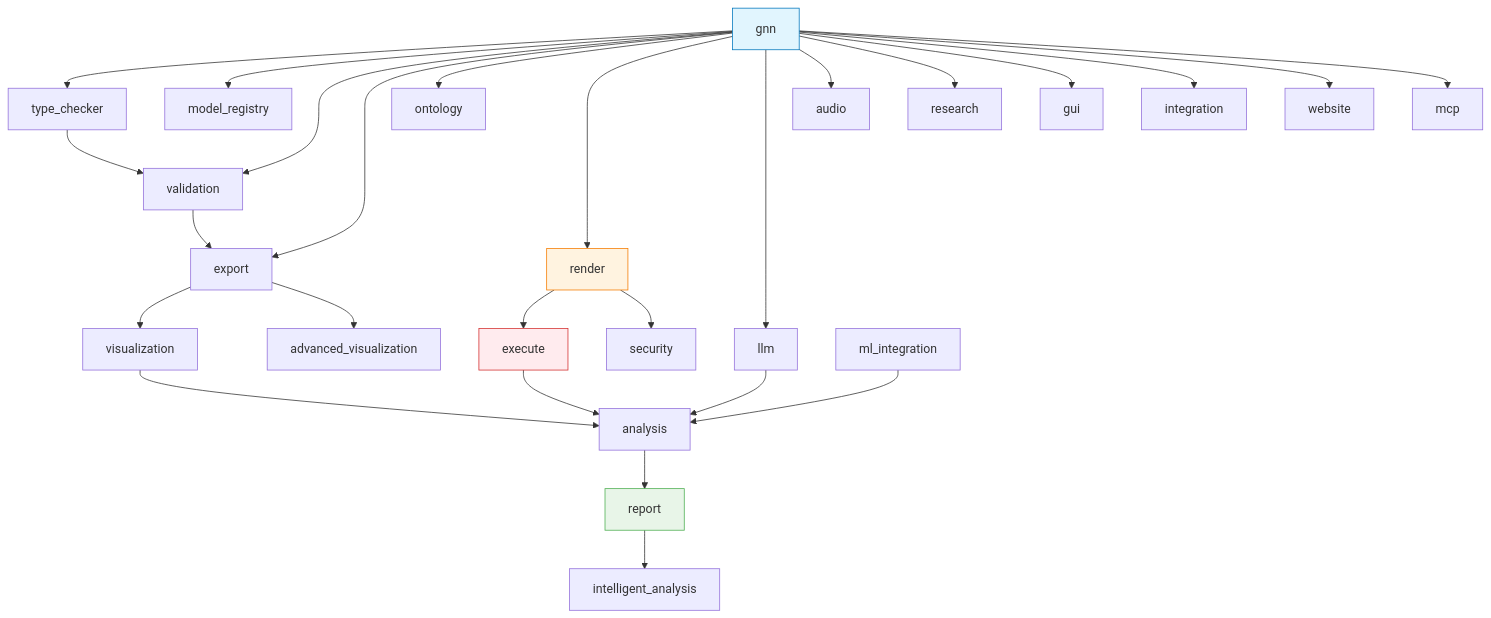
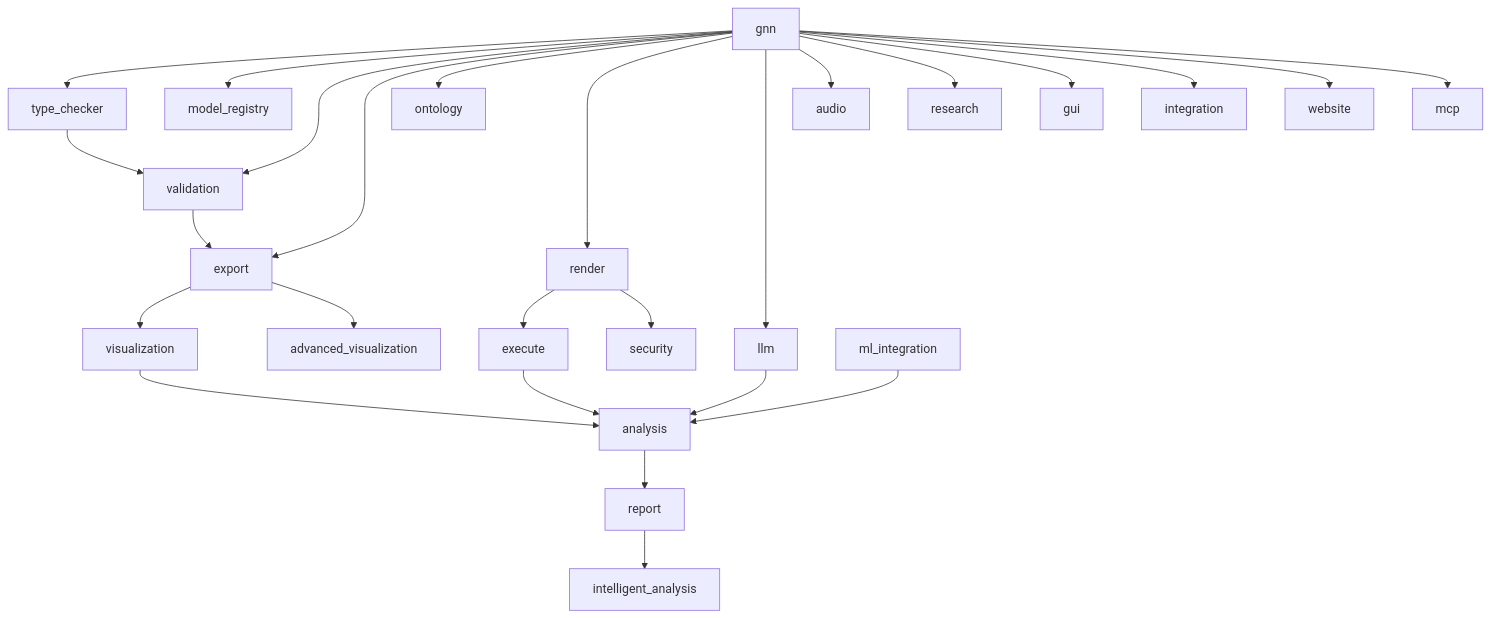
One commit to ActiveInferenceInstitute/GeneralizedNotationNotation changed the fourth of 7 diagrams in ARCHITECTURE.md. Above: the diagram before and after it, drawn with Mermaid. The commit also changed other lines of this file and 1038 other files, not shown here.

````diff
--- a/ARCHITECTURE.md
+++ b/ARCHITECTURE.md
@@ -103,38 +100,35 @@
 ```mermaid
 graph TD
   GNN[gnn] --> TYPE[type_checker]
   GNN --> REG[model_registry]
   GNN --> VAL[validation]
   GNN --> EXP[export]
   GNN --> ONT[ontology]
   GNN --> RENDER[render]
   GNN --> LLM[llm]
   GNN --> AUDIO[audio]
   GNN --> RES[research]
   GNN --> GUI[gui]
 
   TYPE --> VAL
   VAL --> EXP
   EXP --> VIS[visualization]
   EXP --> AV[advanced_visualization]
 
   RENDER --> EXEC[execute]
   RENDER --> SEC[security]
 
   EXEC --> ANA[analysis]
   VIS --> ANA
   LLM --> ANA
   ML[ml_integration] --> ANA
 
   ANA --> REP[report]
   REP --> IA[intelligent_analysis]
 
   GNN --> INT[integration]
   GNN --> WEB[website]
   GNN --> MCP[mcp]
 
-  style GNN fill:#e1f5fe,stroke:#0277bd
-  style RENDER fill:#fff3e0,stroke:#f57c00
-  style EXEC fill:#ffebee,stroke:#d32f2f
-  style REP fill:#e8f5e8,stroke:#4caf50
+  %% styling intentionally omitted (theme-controlled)
 ```
````
